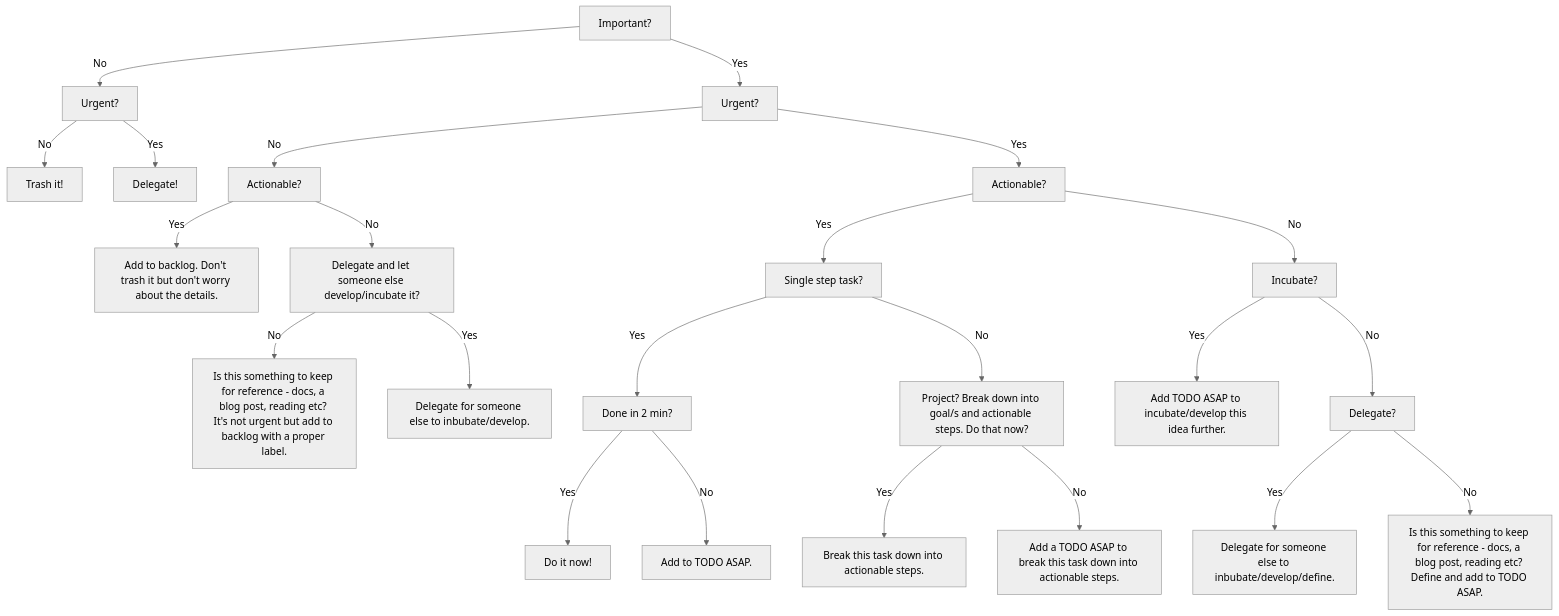
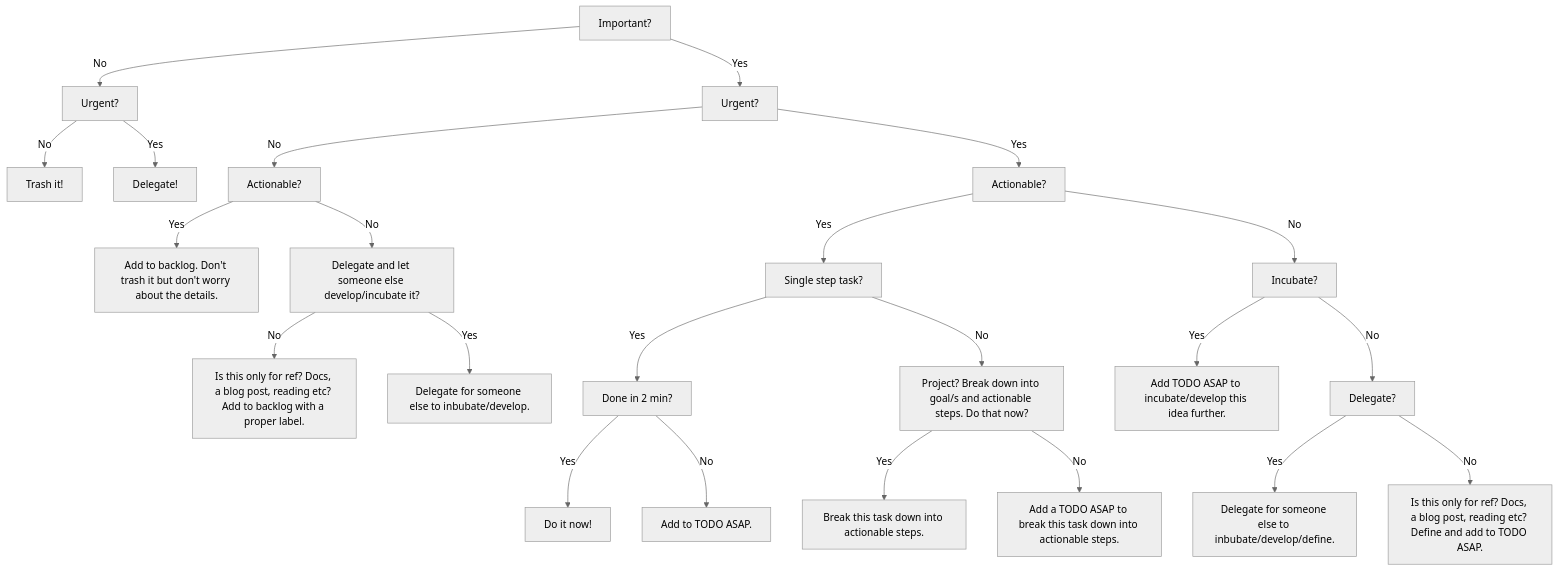
The diagram in gtd.mmd (davidberglund/getting_things_done), drawn with Mermaid (neutral theme) before and after one commit. The commit also changed 1 other file, not shown here.

```diff
--- a/gtd.mmd
+++ b/gtd.mmd
@@ -1,33 +1,33 @@
 graph TD
     Important[Important?]
 
     Important -->|No| ImportantNoUrgent[Urgent?]
     Important -->|Yes| ImportantYesUrgent[Urgent?]
 
     ImportantNoUrgent -->|No| ImportantNoUrgentNo[Trash it!]
     ImportantNoUrgent -->|Yes| ImportantNoUrgentYesActionable[Delegate!]
 
     ImportantYesUrgent -->|No| ImportantYesUrgentNoActionable[Actionable?]
     ImportantYesUrgent -->|Yes| ImportantYesUrgentYesActionable[Actionable?]
 
     ImportantYesUrgentNoActionable -->|Yes| ImportantYesUrgentNoActionableYes[Add to backlog. Don't trash it but don't worry about the details.]
     ImportantYesUrgentNoActionable -->|No| ImportantYesUrgentNoActionableNoDelegate[Delegate and let someone else develop/incubate it?]
-    ImportantYesUrgentNoActionableNoDelegate -->|No| ImportantYesUrgentNoActionableNoDelegateNo[Is this something to keep for reference - docs, a blog post, reading etc? It's not urgent but add to backlog with a proper label.]
+    ImportantYesUrgentNoActionableNoDelegate -->|No| ImportantYesUrgentNoActionableNoDelegateNo[Is this only for ref? Docs, a blog post, reading etc? Add to backlog with a proper label.]
     ImportantYesUrgentNoActionableNoDelegate -->|Yes| ImportantYesUrgentNoActionableNoDelegateYes[Delegate for someone else to inbubate/develop.]
 
     ImportantYesUrgentYesActionable -->|Yes| ImportantYesUrgentYesActionableYesSingleStepTask[Single step task?]
     ImportantYesUrgentYesActionable -->|No| ImportantYesUrgentYesActionableNoIncubate[Incubate?]
     
     ImportantYesUrgentYesActionableYesSingleStepTask -->|Yes| ImportantYesUrgentYesActionableYesSingleStepTaskYesDoneIn2Mins[Done in 2 min?]
     ImportantYesUrgentYesActionableYesSingleStepTask -->|No| ImportantYesUrgentYesActionableYesSingleStepTaskNoIncubateNow[Project? Break down into goal/s and actionable steps. Do that now?]
     ImportantYesUrgentYesActionableYesSingleStepTaskNoIncubateNow -->|Yes| ImportantYesUrgentYesActionableYesSingleStepTaskNoIncubateNowYes[Break this task down into actionable steps.]
     ImportantYesUrgentYesActionableYesSingleStepTaskNoIncubateNow -->|No| ImportantYesUrgentYesActionableYesSingleStepTaskNoIncubateNowNo[Add a TODO ASAP to break this task down into actionable steps.]
 
     ImportantYesUrgentYesActionableYesSingleStepTaskYesDoneIn2Mins -->|Yes| ImportantYesUrgentYesActionableYesSingleStepTaskYesDoneIn2MinsYes[Do it now!]
     ImportantYesUrgentYesActionableYesSingleStepTaskYesDoneIn2Mins -->|No| ImportantYesUrgentYesActionableYesSingleStepTaskYesDoneIn2MinsNo[Add to TODO ASAP.]
 
     ImportantYesUrgentYesActionableNoIncubate -->|Yes| ImportantYesUrgentYesActionableNoIncubateYes[Add TODO ASAP to incubate/develop this idea further.]
     ImportantYesUrgentYesActionableNoIncubate -->|No| ImportantYesUrgentYesActionableNoIncubateNoDelegate[Delegate?]
 
     ImportantYesUrgentYesActionableNoIncubateNoDelegate -->|Yes| ImportantYesUrgentYesActionableNoIncubateNoDelegateYes[Delegate for someone else to inbubate/develop/define.] 
-    ImportantYesUrgentYesActionableNoIncubateNoDelegate -->|No| ImportantYesUrgentYesActionableNoIncubateNoDelegateNo[Is this something to keep for reference - docs, a blog post, reading etc? Define and add to TODO ASAP.]
+    ImportantYesUrgentYesActionableNoIncubateNoDelegate -->|No| ImportantYesUrgentYesActionableNoIncubateNoDelegateNo[Is this only for ref? Docs, a blog post, reading etc? Define and add to TODO ASAP.]
```
